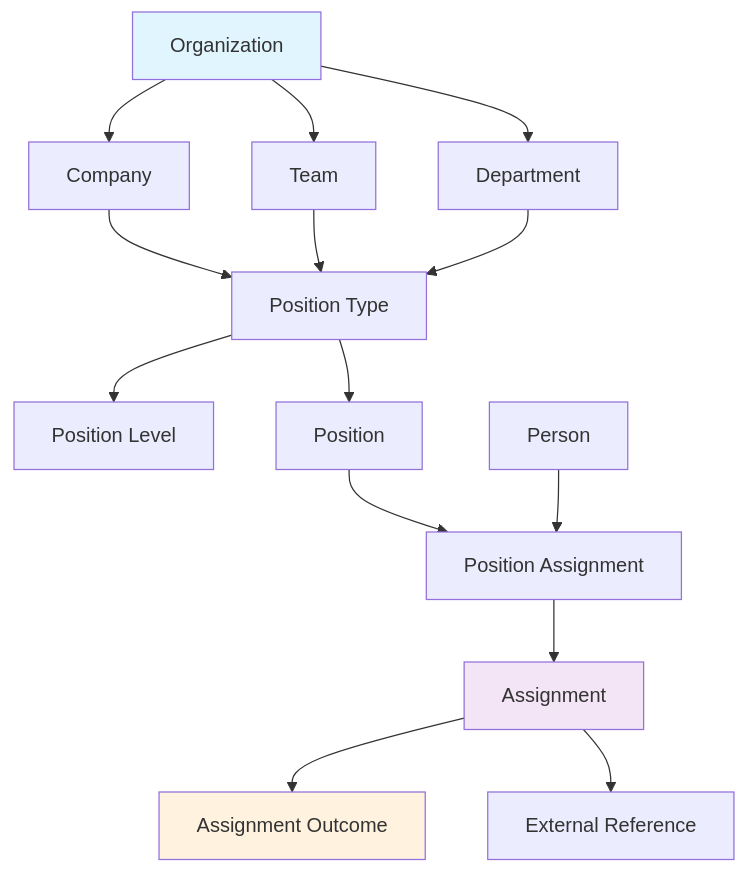
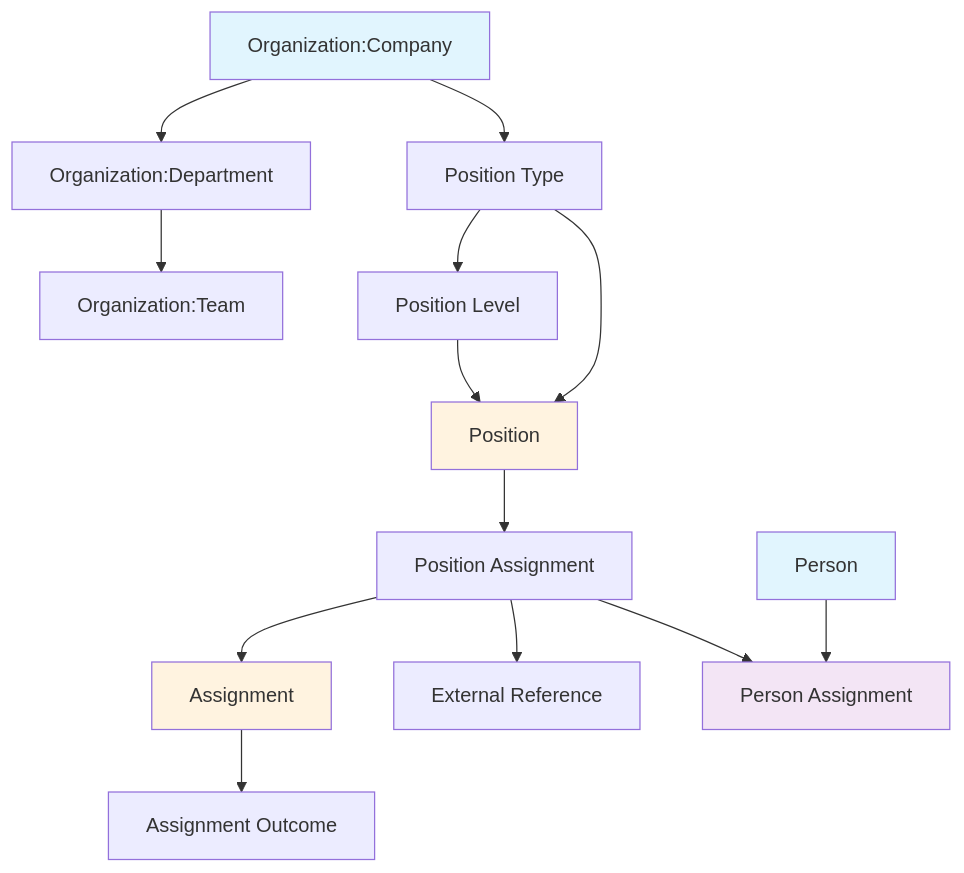
One commit to ar3/our_gruuv changed the first of 2 diagrams in ALIGN.md. Above: the diagram before and after it, drawn with Mermaid. The commit also changed 21 other files, not shown here.

````diff
--- a/ALIGN.md
+++ b/ALIGN.md
@@ -11,25 +11,27 @@
 ```mermaid
-graph TD
-    A[Organization] --> B[Company]
-    A --> C[Team]
-    A --> D[Department]
+flowchart TD
+    A[Organization:Company] --> B[Organization:Department]
+    B --> C[Organization:Team]
     
-    B --> E[Position Type]
-    C --> E
-    D --> E
+    A --> D[Position Type]
     
-    E --> F[Position Level]
-    E --> G[Position]
+    D --> E[Position Level]
+    D --> F[Position]
+    E --> F
     
-    G --> H[Position Assignment]
-    H --> I[Assignment]
+    F --> G[Position Assignment]
+    G --> H[Assignment]
+    G --> J[External Reference]
+
+    H --> I[Assignment Outcome]
+
     
-    I --> J[Assignment Outcome]
-    I --> K[External Reference]
-    
-    L[Person] --> H[Position Assignment]
+    K[Person] --> L[Person Assignment]
+    G --> L
     
     style A fill:#e1f5fe
-    style I fill:#f3e5f5
-    style J fill:#fff3e0
+    style K fill:#e1f5fe
+    style L fill:#f3e5f5
+    style F fill:#fff3e0
+    style H fill:#fff3e0
 ```
````
